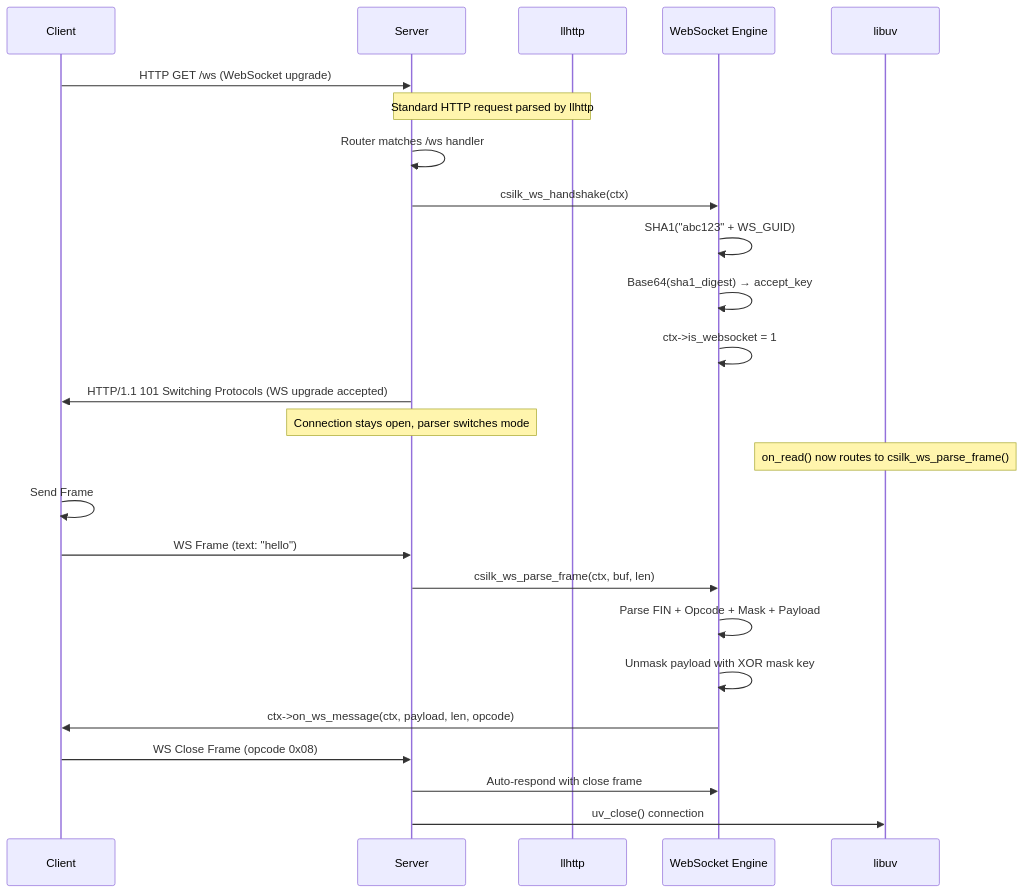
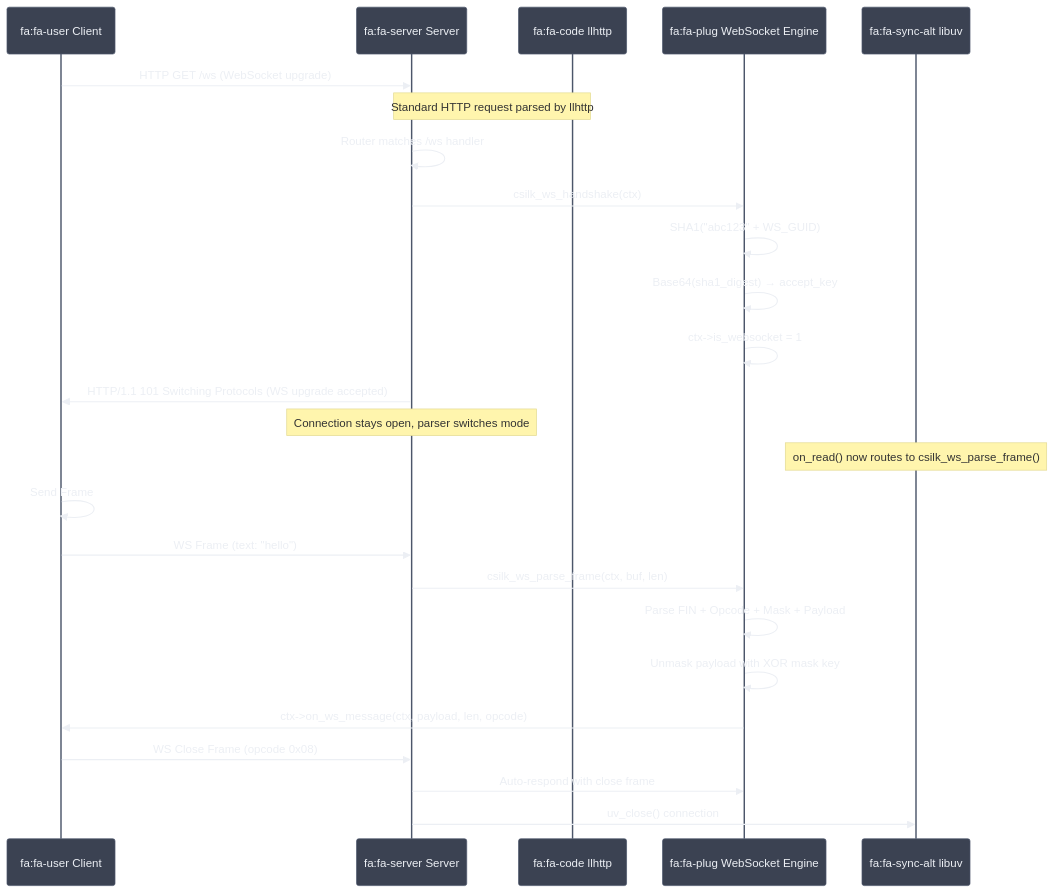
Before and after one commit to quintin-lee/csilk: the seventh of 12 diagrams in docs/architecture.md, drawn with Mermaid. The commit also changed other lines of this file and 30 other files, not shown here.

Commit message:
docs(docs): 📝 apply Nord Mermaid theme, RFC 2119 keywords, and quantified metrics to all docs

````diff
--- a/docs/architecture.md
+++ b/docs/architecture.md
@@ -278,28 +410,49 @@
 ```mermaid
+%%{init: {
+  'theme': 'base',
+  'themeVariables': {
+    'background': '#2E3440',
+    'primaryColor': '#81A1C1',
+    'primaryBorderColor': '#4C566A',
+    'primaryTextColor': '#ECEFF4',
+    'secondaryColor': '#3B4252',
+    'secondaryBorderColor': '#434C5E',
+    'secondaryTextColor': '#D8DEE9',
+    'lineColor': '#81A1C1',
+    'textColor': '#ECEFF4',
+    'mainBkg': '#3B4252',
+    'nodeBorder': '#4C566A',
+    'clusterBkg': '#2E3440',
+    'clusterBorder': '#4C566A',
+    'titleColor': '#ECEFF4',
+    'edgeLabelBackground': '#3B4252',
+    'nodeTextColor': '#ECEFF4'
+  }
+}}%%
 sequenceDiagram
-    participant Client
-    participant Server
-    participant HTTP as llhttp
-    participant WS as WebSocket Engine
-    participant EvLoop as libuv
+    participant Client as fa:fa-user Client
+    participant Server as fa:fa-server Server
+    participant HTTP as fa:fa-code llhttp
+    participant WS as fa:fa-plug WebSocket Engine
+    participant EvLoop as fa:fa-sync-alt libuv
 
     Client->>Server: HTTP GET /ws (WebSocket upgrade)
     Note over Server,HTTP: Standard HTTP request parsed by llhttp
     Server->>Server: Router matches /ws handler
     Server->>WS: csilk_ws_handshake(ctx)
     WS->>WS: SHA1("abc123" + WS_GUID)
     WS->>WS: Base64(sha1_digest) → accept_key
     WS->>WS: ctx->is_websocket = 1
     Server->>Client: HTTP/1.1 101 Switching Protocols (WS upgrade accepted)
     Note over Server: Connection stays open, parser switches mode
     Note over EvLoop: on_read() now routes to csilk_ws_parse_frame()
     Client->>Client: Send Frame
     Client->>Server: WS Frame (text: "hello")
     Server->>WS: csilk_ws_parse_frame(ctx, buf, len)
     WS->>WS: Parse FIN + Opcode + Mask + Payload
     WS->>WS: Unmask payload with XOR mask key
     WS->>Client: ctx->on_ws_message(ctx, payload, len, opcode)
     Client->>Server: WS Close Frame (opcode 0x08)
     Server->>WS: Auto-respond with close frame
     Server->>EvLoop: uv_close() connection
 ```
````
